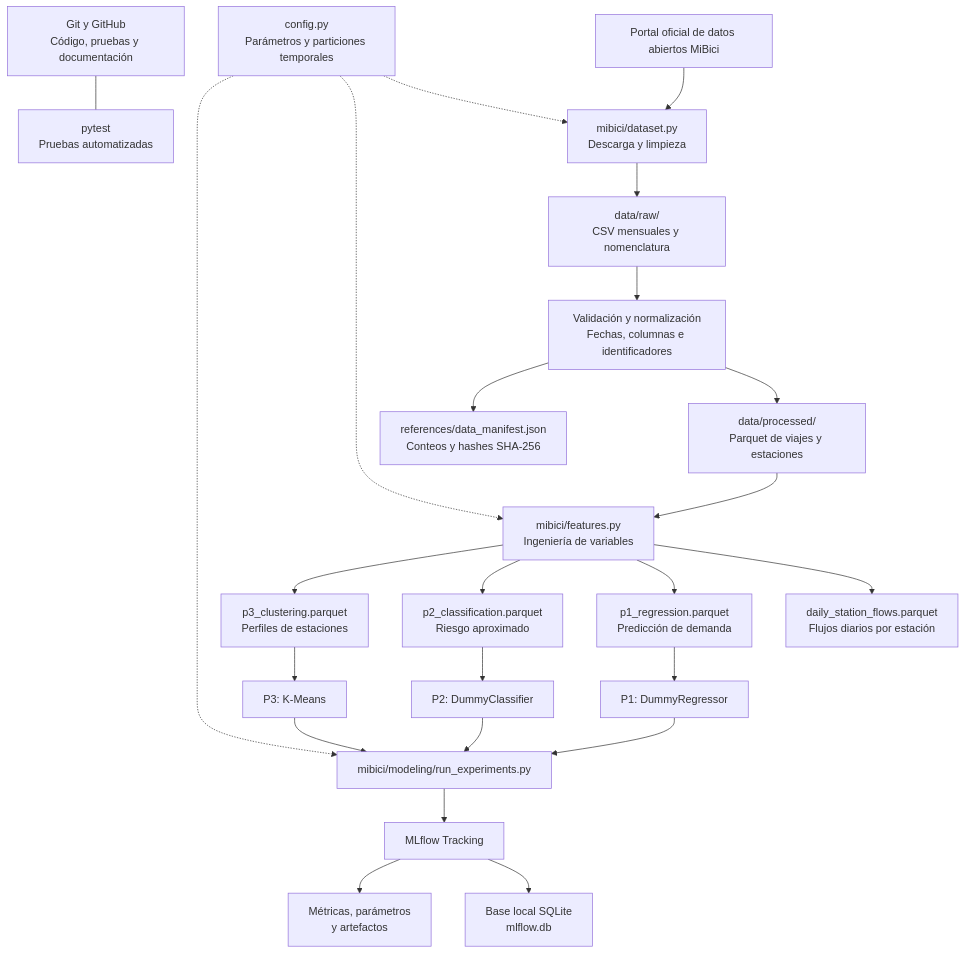
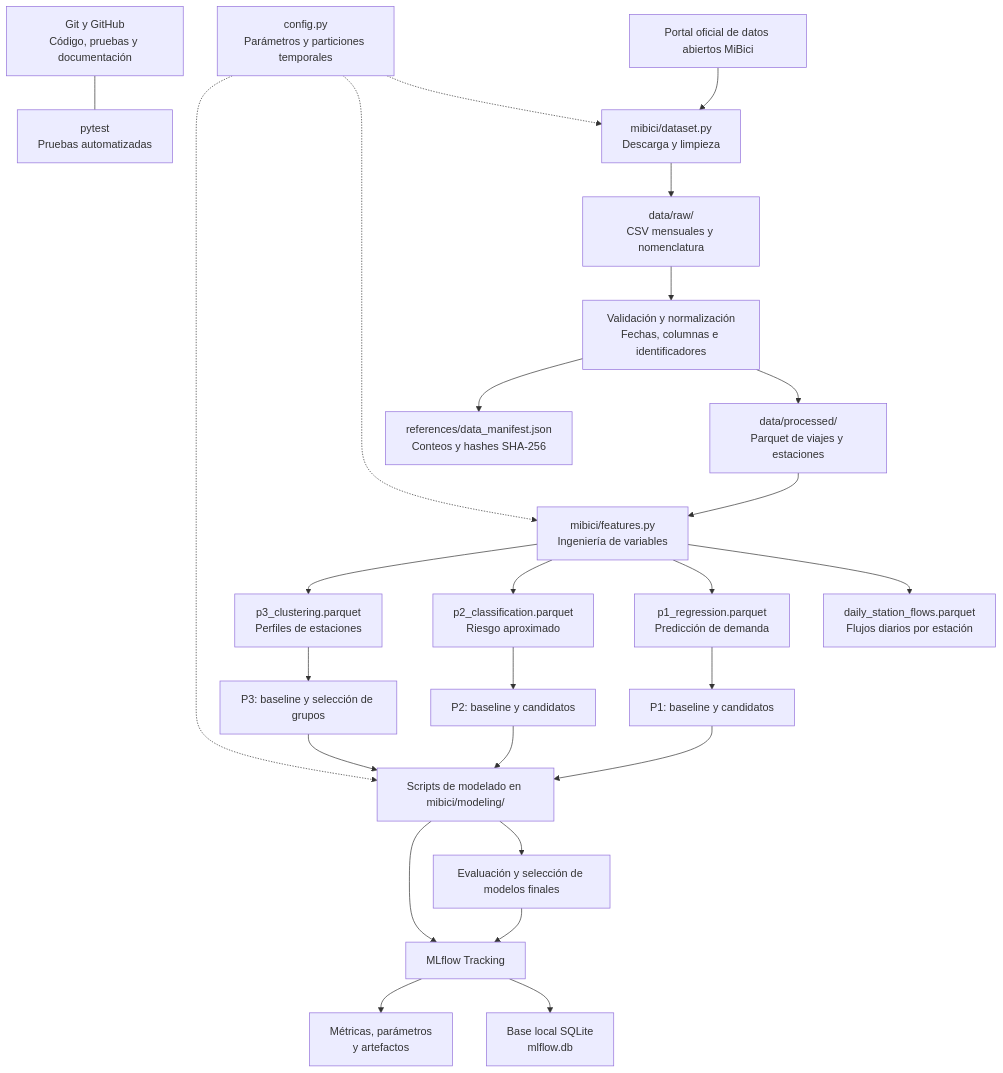
Before and after one commit to angelftj-spec/TC5061-Proyecto-Equipo47: the diagram in references/architecture.md, drawn with Mermaid. The commit also changed other lines of this file and 2 other files, not shown here.

Commit message:
Update project documentation and model selection

````diff
--- a/references/architecture.md
+++ b/references/architecture.md
@@ -5,35 +5,37 @@
 ```mermaid
 flowchart TD
     A["Portal oficial de datos abiertos MiBici"] --> B["mibici/dataset.py<br/>Descarga y limpieza"]
 
     B --> C["data/raw/<br/>CSV mensuales y nomenclatura"]
     C --> D["Validación y normalización<br/>Fechas, columnas e identificadores"]
 
     D --> E["data/processed/<br/>Parquet de viajes y estaciones"]
     D --> F["references/data_manifest.json<br/>Conteos y hashes SHA-256"]
 
     E --> G["mibici/features.py<br/>Ingeniería de variables"]
 
     G --> H["daily_station_flows.parquet<br/>Flujos diarios por estación"]
     G --> I["p1_regression.parquet<br/>Predicción de demanda"]
     G --> J["p2_classification.parquet<br/>Riesgo aproximado"]
     G --> K["p3_clustering.parquet<br/>Perfiles de estaciones"]
 
-    I --> L["P1: DummyRegressor"]
-    J --> M["P2: DummyClassifier"]
-    K --> N["P3: K-Means"]
+    I --> L["P1: baseline y candidatos"]
+    J --> M["P2: baseline y candidatos"]
+    K --> N["P3: baseline y selección de grupos"]
 
-    L --> O["mibici/modeling/run_experiments.py"]
+    L --> O["Scripts de modelado en mibici/modeling/"]
     M --> O
     N --> O
 
+    O --> V["Evaluación y selección de modelos finales"]
     O --> P["MLflow Tracking"]
+    V --> P
     P --> Q["Base local SQLite<br/>mlflow.db"]
     P --> R["Métricas, parámetros<br/>y artefactos"]
 
     S["config.py<br/>Parámetros y particiones temporales"] -.-> B
     S -.-> G
     S -.-> O
 
     T["Git y GitHub<br/>Código, pruebas y documentación"] --- U["pytest<br/>Pruebas automatizadas"]
 ```
````
